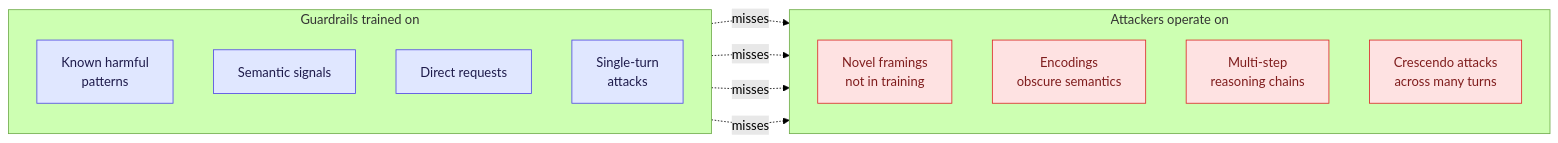
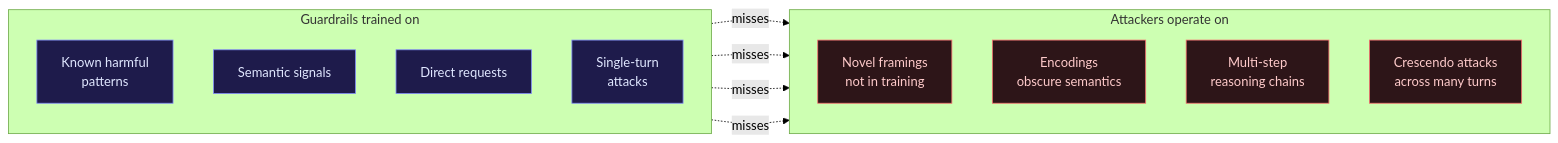
Before and after one commit to arifbazli/malay-tech-journal: the first of 2 diagrams in src/content/posts/en/age-03-bypass-techniques.md, drawn with Mermaid (forest theme). The commit also changed other lines of this file and 16 other files, not shown here.

First line of the commit message:
fix(mermaid): fix light-theme colors and rendering bugs across all diagrams

````diff
--- a/src/content/posts/en/age-03-bypass-techniques.md
+++ b/src/content/posts/en/age-03-bypass-techniques.md
@@ -39,23 +38,23 @@
 ```mermaid
 flowchart LR
   subgraph guard [Guardrails trained on]
     direction TB
     G1[Known harmful<br/>patterns]:::trained
     G2[Semantic signals]:::trained
     G3[Direct requests]:::trained
     G4[Single-turn<br/>attacks]:::trained
   end
   subgraph attack [Attackers operate on]
     direction TB
     A1[Novel framings<br/>not in training]:::novel
     A2[Encodings<br/>obscure semantics]:::novel
     A3[Multi-step<br/>reasoning chains]:::novel
     A4[Crescendo attacks<br/>across many turns]:::novel
   end
   G1 -.->|misses| A1
   G2 -.->|misses| A2
   G3 -.->|misses| A3
   G4 -.->|misses| A4
-  classDef trained fill:#e0e7ff,stroke:#4f46e5,color:#1e1b4b
-  classDef novel fill:#fee2e2,stroke:#dc2626,color:#7f1d1d
+  classDef trained fill:#1e1b4b,stroke:#818cf8,color:#e0e7ff
+  classDef novel fill:#2d1518,stroke:#f87171,color:#fecaca
 ```
````
